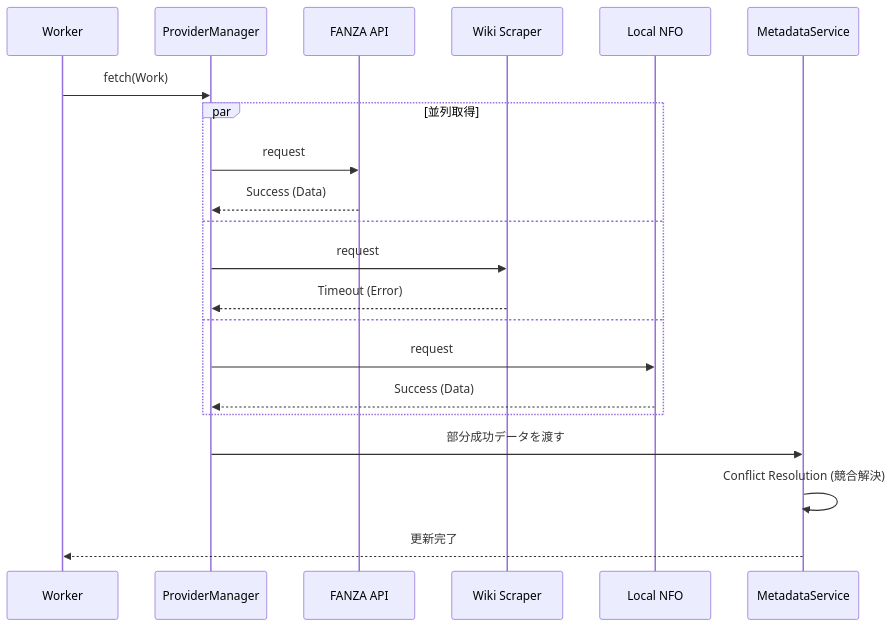
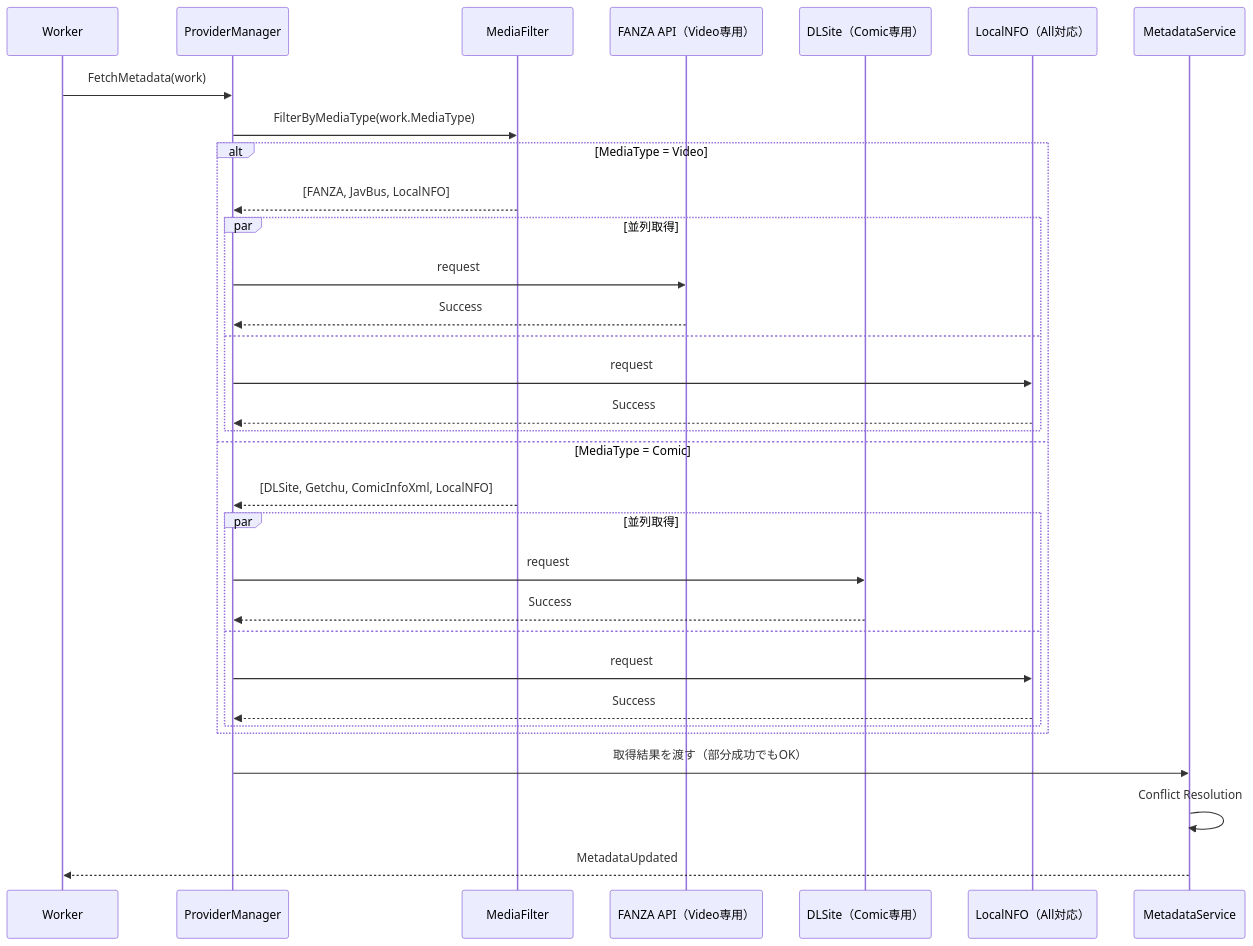
The ninth of 10 diagrams in Document/Pipeline.md (nuts-kinoco/WISE), drawn with Mermaid before and after one commit. The commit also changed other lines of this file and 6 other files, not shown here.

First line of the commit message:
Docs v2.0: Architecture update for Comic/Doujin Library Extension

````diff
--- a/Document/Pipeline.md
+++ b/Document/Pipeline.md
@@ -98,24 +344,35 @@
 ```mermaid
 sequenceDiagram
     participant Worker
-    participant ProviderManager
-    participant P_Fanza as FANZA API
-    participant P_Wiki as Wiki Scraper
-    participant P_Local as Local NFO
-    participant MetadataService
+    participant PM as ProviderManager
+    participant MF as MediaFilter
+    participant P1 as FANZA API（Video専用）
+    participant P2 as DLSite（Comic専用）
+    participant P3 as LocalNFO（All対応）
+    participant MS as MetadataService
 
-    Worker->>ProviderManager: fetch(Work)
-    par 並列取得
-        ProviderManager->>P_Fanza: request
-        P_Fanza-->>ProviderManager: Success (Data)
-    and
-        ProviderManager->>P_Wiki: request
-        P_Wiki-->>ProviderManager: Timeout (Error)
-    and
-        ProviderManager->>P_Local: request
-        P_Local-->>ProviderManager: Success (Data)
+    Worker->>PM: FetchMetadata(work)
+    PM->>MF: FilterByMediaType(work.MediaType)
+    alt MediaType = Video
+        MF-->>PM: [FANZA, JavBus, LocalNFO]
+        par 並列取得
+            PM->>P1: request
+            P1-->>PM: Success
+        and
+            PM->>P3: request
+            P3-->>PM: Success
+        end
+    else MediaType = Comic
+        MF-->>PM: [DLSite, Getchu, ComicInfoXml, LocalNFO]
+        par 並列取得
+            PM->>P2: request
+            P2-->>PM: Success
+        and
+            PM->>P3: request
+            P3-->>PM: Success
+        end
     end
-    ProviderManager->>MetadataService: 部分成功データを渡す
-    MetadataService->>MetadataService: Conflict Resolution (競合解決)
-    MetadataService-->>Worker: 更新完了
+    PM->>MS: 取得結果を渡す（部分成功でもOK）
+    MS->>MS: Conflict Resolution
+    MS-->>Worker: MetadataUpdated
 ```
````
